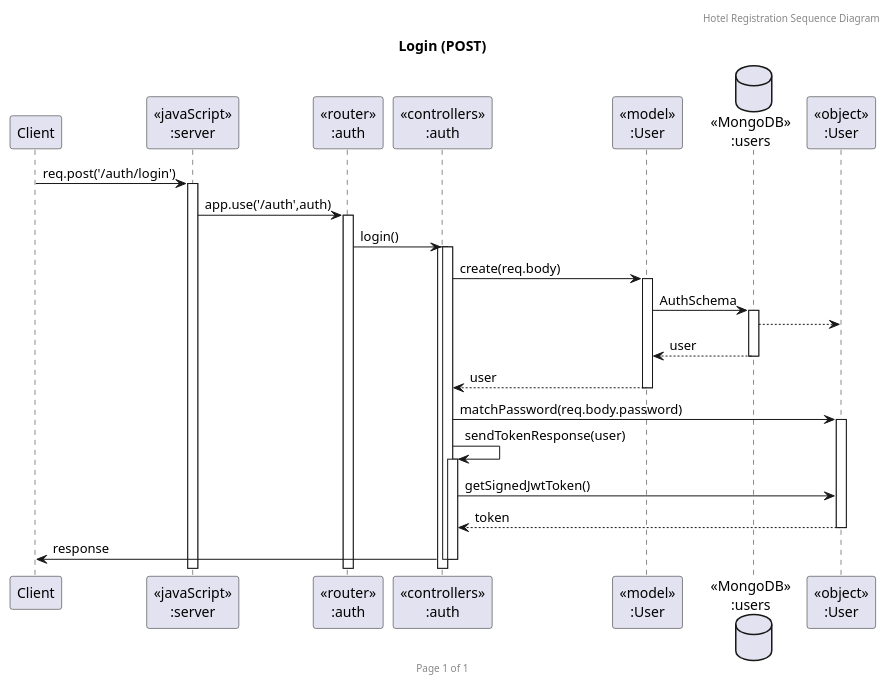
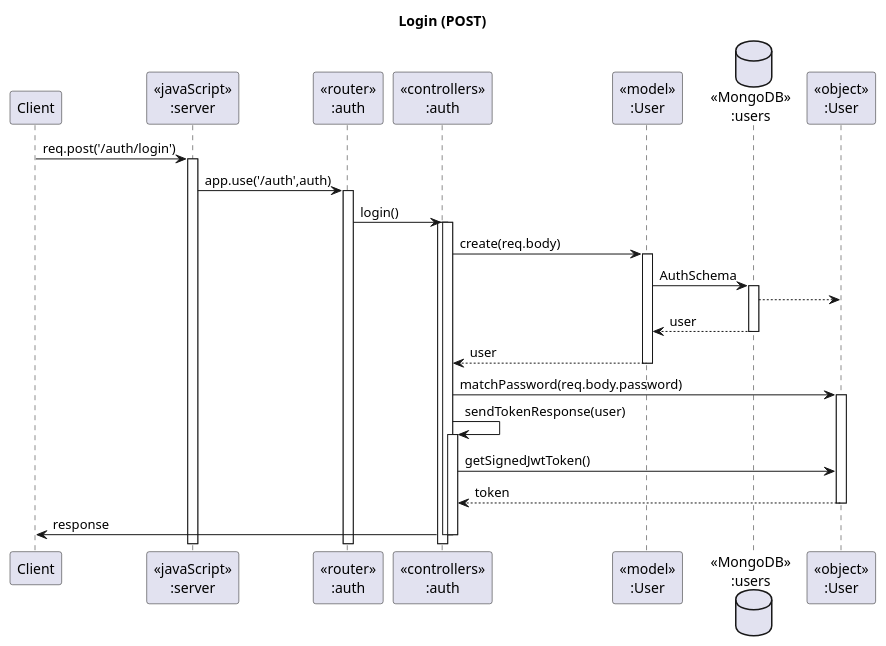
Before and after one commit to podesport/SWPrac-proj: the diagram in plant_uml/sequenceDiagrams/auth/login.puml, drawn with PlantUML. The commit also changed 11 other files, not shown here.

Commit message:
add exported image from plant uml

```diff
--- a/plant_uml/sequenceDiagrams/auth/login.puml
+++ b/plant_uml/sequenceDiagrams/auth/login.puml
@@ -1,36 +1,35 @@
 @startuml Login (POST)
 
-header Hotel Registration Sequence Diagram
-footer Page %page% of %lastpage%
+' header Hotel Registration Sequence Diagram
 title "Login (POST)"
 
 participant "Client" as client
 participant "<<javaScript>>\n:server" as server
 participant "<<router>>\n:auth" as routerAuth
 participant "<<controllers>>\n:auth" as controllersAuths
 participant "<<model>>\n:User" as modelAuth
 database "<<MongoDB>>\n:users" as UsersDatabase
 participant "<<object>>\n:User" as userObject
 
 client -> server ++:req.post('/auth/login')
 server -> routerAuth ++:app.use('/auth',auth)
 routerAuth -> controllersAuths ++:login()
 activate controllersAuths
 
 controllersAuths -> modelAuth ++:create(req.body)
 modelAuth -> UsersDatabase ++: AuthSchema
 UsersDatabase --> userObject: 
 
 UsersDatabase --> modelAuth --: user
 controllersAuths <-- modelAuth --:user
 
 controllersAuths -> userObject ++: matchPassword(req.body.password)
 
 controllersAuths -> controllersAuths ++: sendTokenResponse(user)
 controllersAuths -> userObject :getSignedJwtToken()
 userObject --> controllersAuths --: token
 
 controllersAuths -> client --:response
 deactivate controllersAuths
 
 @enduml
```
